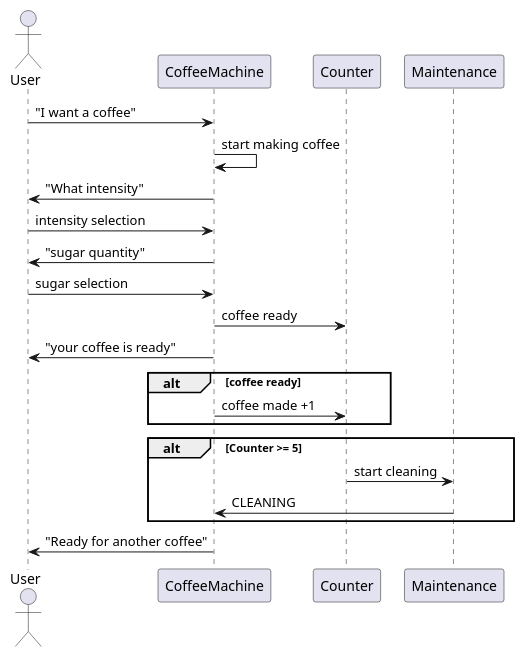
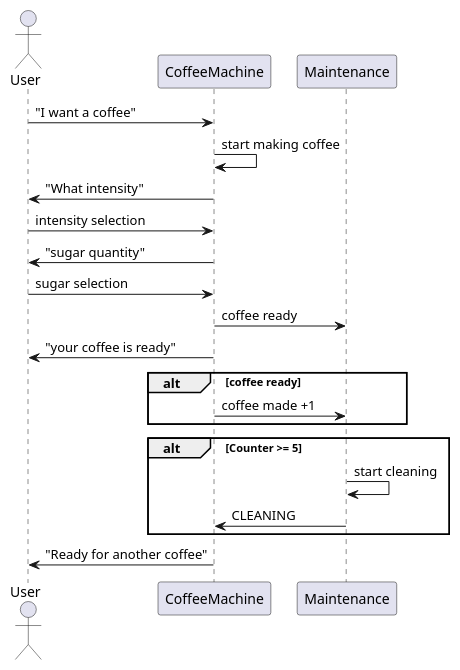
One commit to MicheleBossini/virtual-PLC changed the diagram in mdbook/src/chapter_1.md. Above: the diagram before and after it, drawn with PlantUML. The commit also changed 2 other files, not shown here.

Commit message:
chapter 1 changes

````diff
--- a/mdbook/src/chapter_1.md
+++ b/mdbook/src/chapter_1.md
@@ -11,22 +11,22 @@
 ``` plantuml
 @startuml
 actor "User" as User
 
 User -> CoffeeMachine : "I want a coffee"
 CoffeeMachine -> CoffeeMachine : start making coffee
 CoffeeMachine -> User : "What intensity"
 User -> CoffeeMachine : intensity selection
 CoffeeMachine -> User : "sugar quantity"
 User -> CoffeeMachine : sugar selection
-CoffeeMachine -> Counter : coffee ready
+CoffeeMachine -> Maintenance : coffee ready
 CoffeeMachine -> User : "your coffee is ready"
 alt coffee ready 
-CoffeeMachine -> Counter : coffee made +1
+CoffeeMachine -> Maintenance : coffee made +1
 end
 alt Counter >= 5
-Counter -> Maintenance : start cleaning
+Maintenance -> Maintenance : start cleaning
 Maintenance -> CoffeeMachine : CLEANING
 end 
 CoffeeMachine -> User :"Ready for another coffee"
 @enduml
 ```
````
